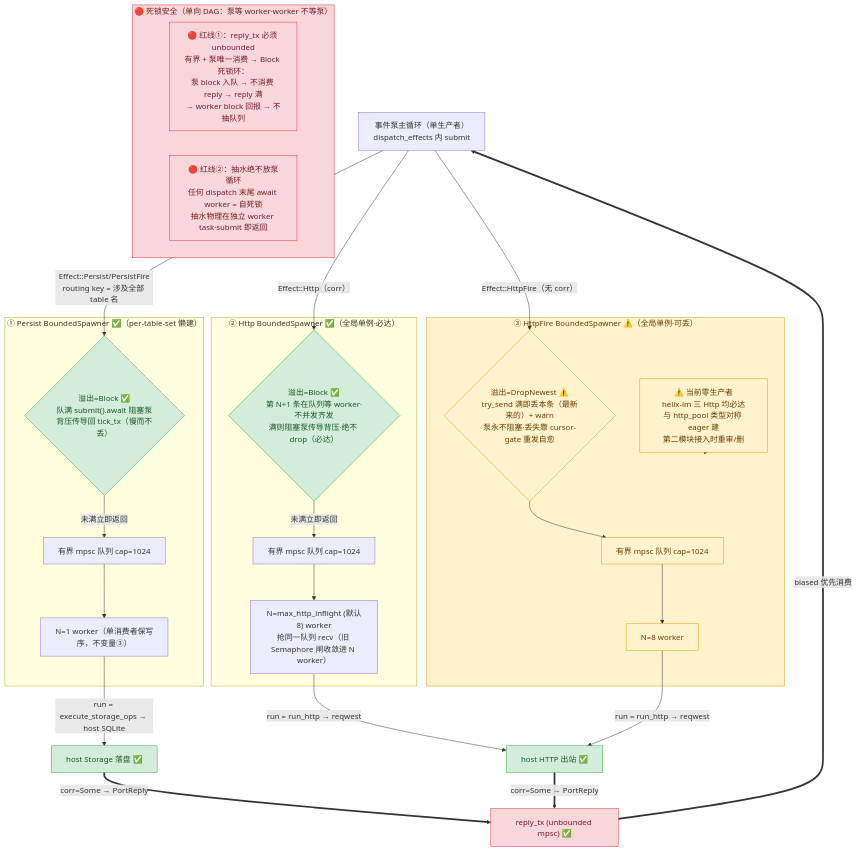
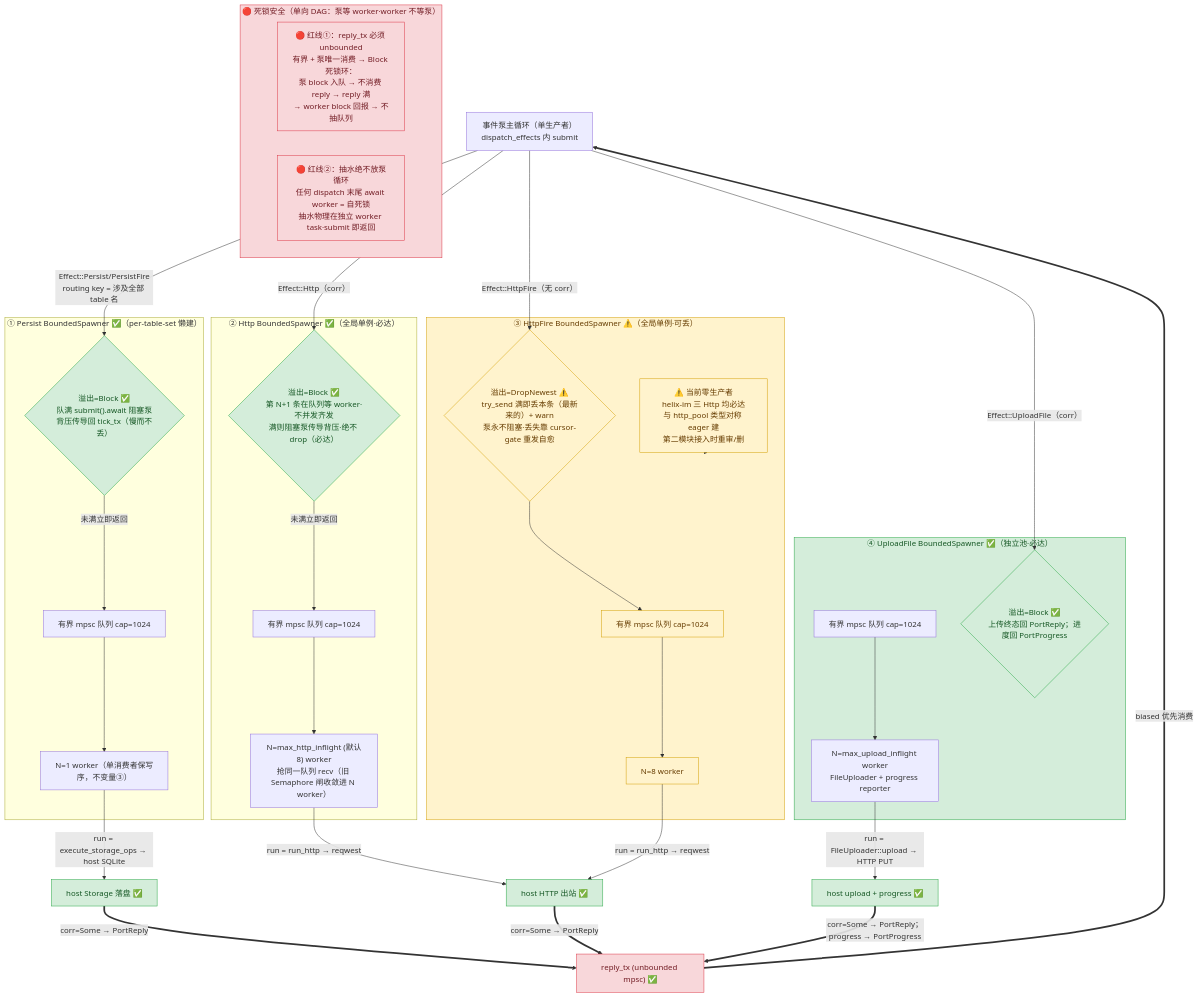
Before and after one commit to zxs1633079383/helix: the diagram in crates/helix-driver-native/docs/design/02-bounded-spawner-backpressure.mmd, drawn with Mermaid. The commit also changed 41 other files, not shown here.

```diff
--- a/crates/helix-driver-native/docs/design/02-bounded-spawner-backpressure.mmd
+++ b/crates/helix-driver-native/docs/design/02-bounded-spawner-backpressure.mmd
@@ -1,60 +1,70 @@
 %% helix-driver-native — BoundedSpawner 统一背压模型（刀2-driver）
-%% 真源：src/engine_loop.rs struct BoundedSpawner / Overflow / submit
-%% 一个原语三态实例化：有界 mpsc(cap=K) + N worker + 溢出策略 + 独立 unbounded reply_tx
+%% 真源：helix-driver-host/src/spawner.rs（BoundedSpawner / Overflow / submit）· native 只负责装配
+%% 一个原语四类实例化：有界 mpsc(cap=K) + N worker + 溢出策略 + 独立 unbounded reply_tx
 %% 五不变量见 crate AGENTS.md；🔴 = 死锁红线
 flowchart TD
     PUMP["事件泵主循环（单生产者）<br/>dispatch_effects 内 submit"]
 
     subgraph PERSIST["① Persist BoundedSpawner ✅（per-table-set 懒建）"]
         PQ["有界 mpsc 队列 cap=1024"]
         PW["N=1 worker（单消费者保写序，不变量③）"]
         PQ --> PW
         PO{"溢出=Block ✅<br/>队满 submit().await 阻塞泵<br/>背压传导回 tick_tx（慢而不丢）"}
     end
 
     subgraph HTTP["② Http BoundedSpawner ✅（全局单例·必达）"]
         HQ["有界 mpsc 队列 cap=1024"]
         HW["N=max_http_inflight (默认8) worker<br/>抢同一队列 recv（旧 Semaphore 闸收敛进 N worker）"]
         HQ --> HW
         HO{"溢出=Block ✅<br/>第 N+1 条在队列等 worker·不并发齐发<br/>满则阻塞泵传导背压·绝不 drop（必达）"}
     end
 
     subgraph HTTPFIRE["③ HttpFire BoundedSpawner ⚠️（全局单例·可丢）"]
         FQ["有界 mpsc 队列 cap=1024"]
         FW["N=8 worker"]
         FQ --> FW
         FO{"溢出=DropNewest ⚠️<br/>try_send 满即丢本条（最新来的）+ warn<br/>泵永不阻塞·丢失靠 cursor-gate 重发自愈"}
         FNOTE["⚠️ 当前零生产者<br/>helix-im 三 Http 均必达<br/>与 http_pool 类型对称 eager 建<br/>第二模块接入时重审/删"]
     end
 
+    subgraph UPLOAD["④ UploadFile BoundedSpawner ✅（独立池·必达）"]
+        UQ["有界 mpsc 队列 cap=1024"]
+        UW["N=max_upload_inflight worker<br/>FileUploader + progress reporter"]
+        UO{"溢出=Block ✅<br/>上传终态回 PortReply；进度回 PortProgress"}
+        UQ --> UW
+    end
+
     PUMP -->|"Effect::Persist/PersistFire<br/>routing key = 涉及全部 table 名"| PO
     PUMP -->|"Effect::Http（corr）"| HO
     PUMP -->|"Effect::HttpFire（无 corr）"| FO
+    PUMP -->|"Effect::UploadFile（corr）"| UO
 
     PO -->|未满立即返回| PQ
     HO -->|未满立即返回| HQ
     FO --> FQ
     FNOTE -.-> HTTPFIRE
 
     %% ── worker 抽水（独立 task，红线②）──
     PW -->|"run = execute_storage_ops → host SQLite"| PIO["host Storage 落盘 ✅"]
     HW -->|"run = run_http → reqwest"| HIO["host HTTP 出站 ✅"]
     FW -->|"run = run_http → reqwest"| HIO
+    UW -->|"run = FileUploader::upload → HTTP PUT"| UIO["host upload + progress ✅"]
 
     %% ── PortReply 回灌（独立 unbounded，红线①）──
     RTX["reply_tx (unbounded mpsc) ✅"]
     PIO ==>|"corr=Some → PortReply"| RTX
     HIO ==>|"corr=Some → PortReply"| RTX
+    UIO ==>|"corr=Some → PortReply；progress → PortProgress"| RTX
     RTX ==>|biased 优先消费| PUMP
 
     subgraph REDLINE["🔴 死锁安全（单向 DAG：泵等 worker·worker 不等泵）"]
         R1["🔴 红线①：reply_tx 必须 unbounded<br/>有界 + 泵唯一消费 → Block 死锁环：<br/>泵 block 入队 → 不消费 reply → reply 满<br/>→ worker block 回报 → 不抽队列"]
         R2["🔴 红线②：抽水绝不放泵循环<br/>任何 dispatch 末尾 await worker = 自死锁<br/>抽水物理在独立 worker task·submit 即返回"]
     end
 
     classDef gap fill:#fff3cd,stroke:#d39e00,color:#663c00
     classDef red fill:#f8d7da,stroke:#dc3545,color:#721c24
     classDef ok fill:#d4edda,stroke:#28a745,color:#155724
     class FO,FW,FQ,FNOTE,HTTPFIRE gap
     class RTX,R1,R2,REDLINE red
-    class PO,HO,PIO,HIO ok
+    class PO,HO,UPLOAD,UO,PIO,HIO,UIO ok
```
